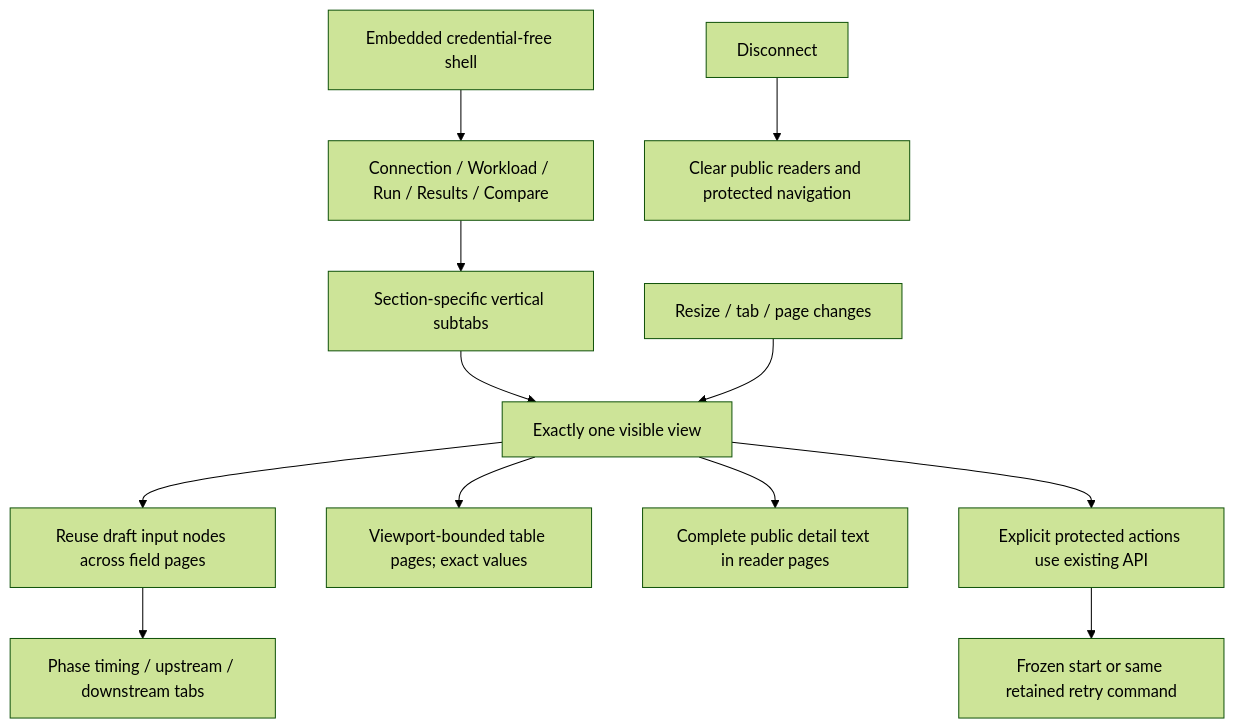
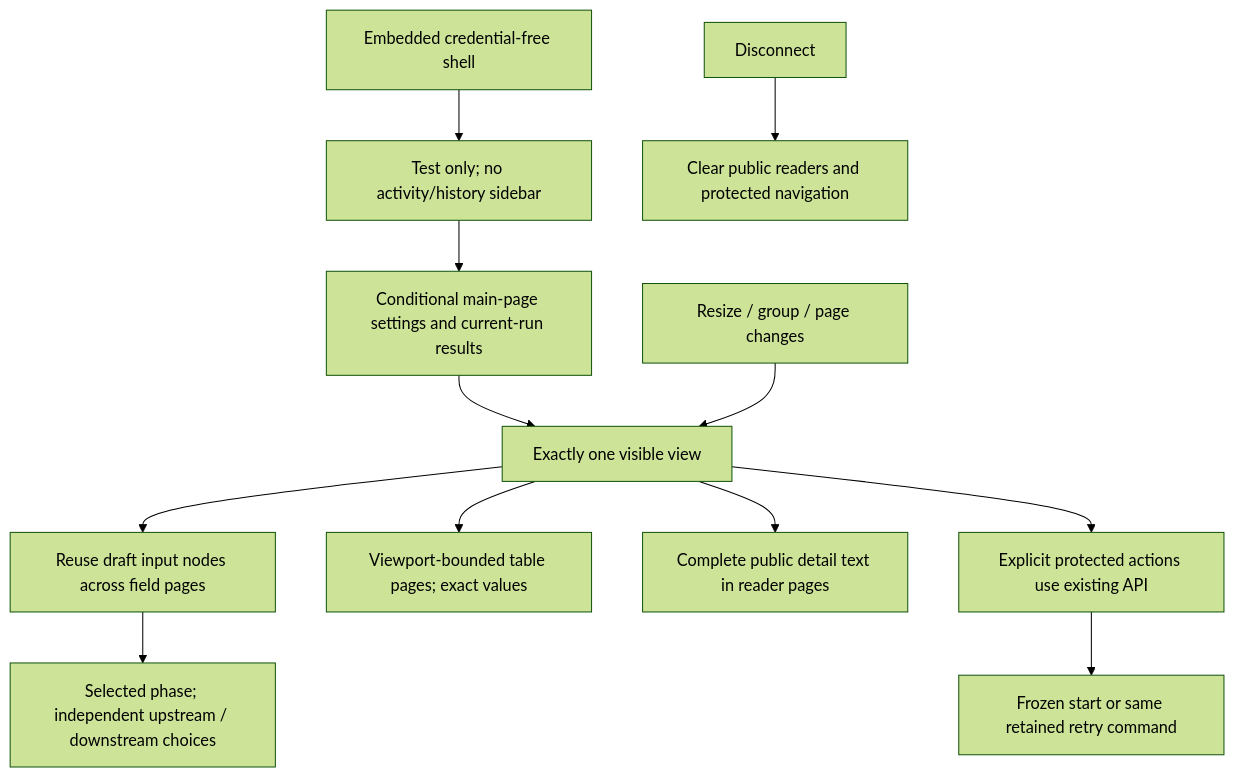
Diagram 23 of 26 in FLOWCHART.md (rashidbestry/sneaky-port), drawn with Mermaid (forest theme) before and after one commit. The commit also changed other lines of this file and 38 other files, not shown here.

First line of the commit message:
feat: add workspace management for traffic settings and phase control

````diff
--- a/FLOWCHART.md
+++ b/FLOWCHART.md
@@ -595,14 +595,14 @@
 ```mermaid
 flowchart TD
-    A[Embedded credential-free shell] --> B[Connection / Workload / Run / Results / Compare]
-    B --> C[Section-specific vertical subtabs]
+    A[Embedded credential-free shell] --> B[Test only; no activity/history sidebar]
+    B --> C[Conditional main-page settings and current-run results]
     C --> D[Exactly one visible view]
     D --> E[Reuse draft input nodes across field pages]
     D --> F[Viewport-bounded table pages; exact values]
     D --> G[Complete public detail text in reader pages]
-    E --> H[Phase timing / upstream / downstream tabs]
+    E --> H[Selected phase; independent upstream / downstream choices]
     D --> I[Explicit protected actions use existing API]
     I --> J[Frozen start or same retained retry command]
-    K[Resize / tab / page changes] --> D
+    K[Resize / group / page changes] --> D
     L[Disconnect] --> M[Clear public readers and protected navigation]
 ```
````
